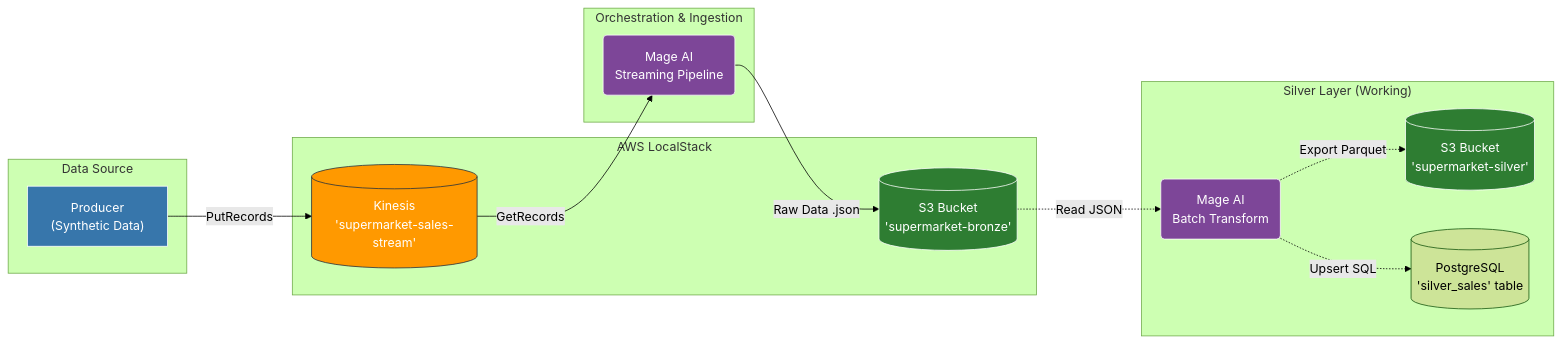
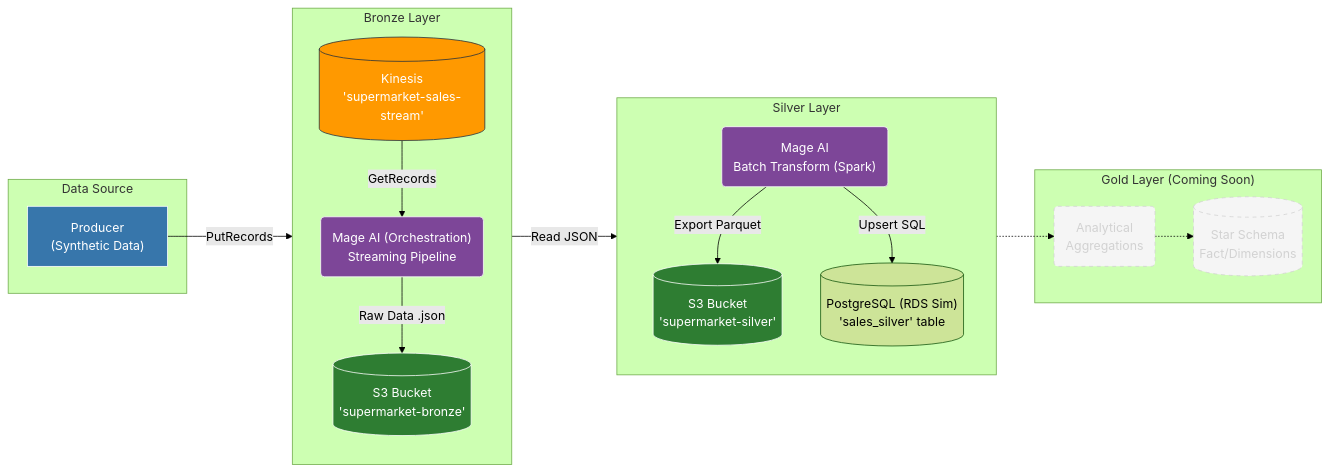
The diagram in README.md (Gramser-DE/supermarket-aws-lakehouse), drawn with Mermaid (forest theme) before and after one commit. The commit also changed other lines of this file and 2 other files, not shown here.

Commit message:
refactor: rename silver pipeline and improve README

````diff
--- a/README.md
+++ b/README.md
@@ -12,35 +12,43 @@
 ```mermaid
 flowchart LR
-
     classDef aws fill:#FF9900,stroke:#232F3E,color:white;
     classDef python fill:#3776AB,stroke:white,color:white;
     classDef mage fill:#7D4698,stroke:white,color:white;
     classDef storage fill:#2E7D32,stroke:white,color:white;
+    classDef future fill:#f5f5f5,stroke:#d2d2d2,color:#d2d2d2,stroke-dasharray: 5 5;
 
     subgraph "Data Source"
         Producer["Producer<br/>(Synthetic Data)"]:::python
     end
 
-    subgraph "AWS LocalStack"
+    subgraph "Bronze Layer"
+        direction TB
         Kinesis[("Kinesis<br/>'supermarket-sales-stream'")]:::aws
+        Mage("Mage AI (Orchestration)<br/>Streaming Pipeline"):::mage
         S3Bronze[("S3 Bucket<br/>'supermarket-bronze'")]:::storage
+        
     end
 
-    subgraph "Orchestration & Ingestion"
-        Mage("Mage AI<br/>Streaming Pipeline"):::mage
+    subgraph "Silver Layer"
+        direction TB
+        Mage2("Mage AI<br/>Batch Transform (Spark)"):::mage
+        S3Silver[("S3 Bucket<br/>'supermarket-silver'")]:::storage
+        Postgres[("PostgreSQL (RDS Sim)<br/>'sales_silver' table")]:::database
     end
 
-    subgraph "Silver Layer (Working)"
-        Mage2("Mage AI<br/>Batch Transform"):::mage
-        S3Silver[("S3 Bucket<br/>'supermarket-silver'")]:::storage
-        Postgres[("PostgreSQL<br/>'silver_sales' table")]:::database
+    subgraph "Gold Layer (Coming Soon)"
+        Mage3("Analytical<br/>Aggregations"):::future
+        StarSchema[("Star Schema<br/>Fact/Dimensions")]:::future
     end
 
     Producer -->|PutRecords| Kinesis
     Kinesis -->|GetRecords| Mage
     Mage -->|Raw Data .json| S3Bronze
 
-    S3Bronze -.->|Read JSON| Mage2
-    Mage2 -.->|Export Parquet| S3Silver
-    Mage2 -.->|Upsert SQL| Postgres
+    S3Bronze -->|Read JSON| Mage2
+    Mage2 -->|Export Parquet| S3Silver
+    Mage2 -->|Upsert SQL| Postgres
+
+    S3Silver -.-> Mage3
+    Mage3 -.-> StarSchema
 ```
````
